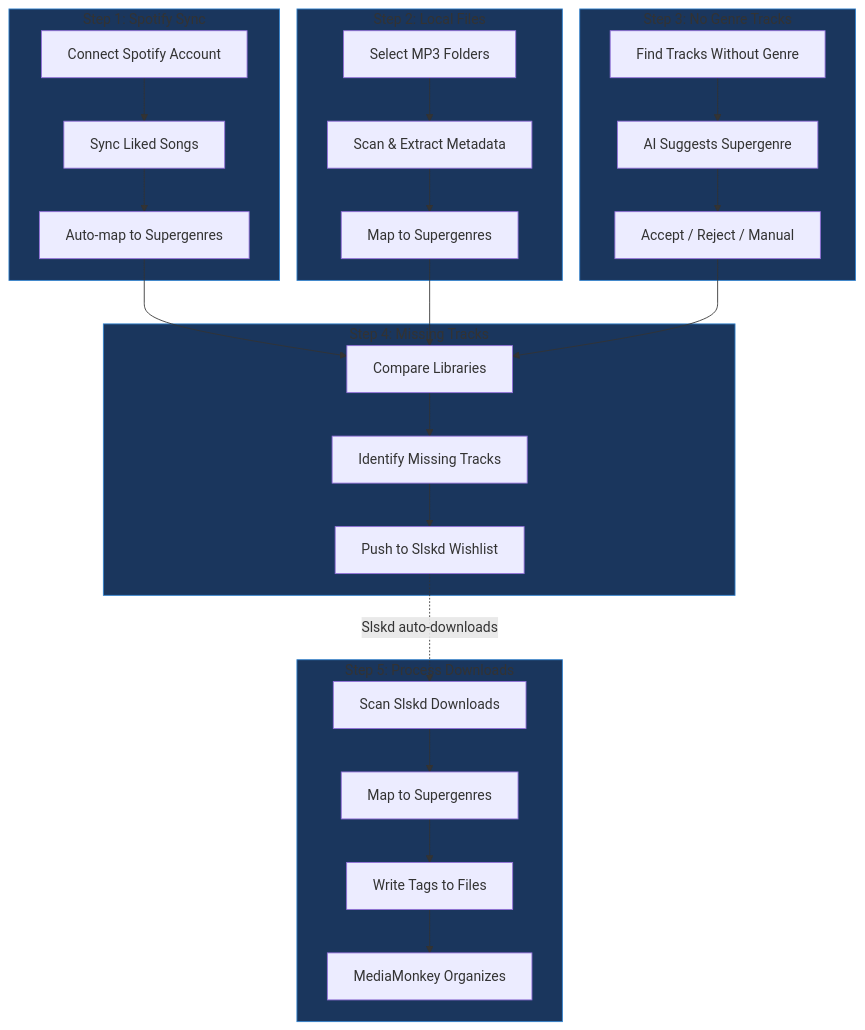
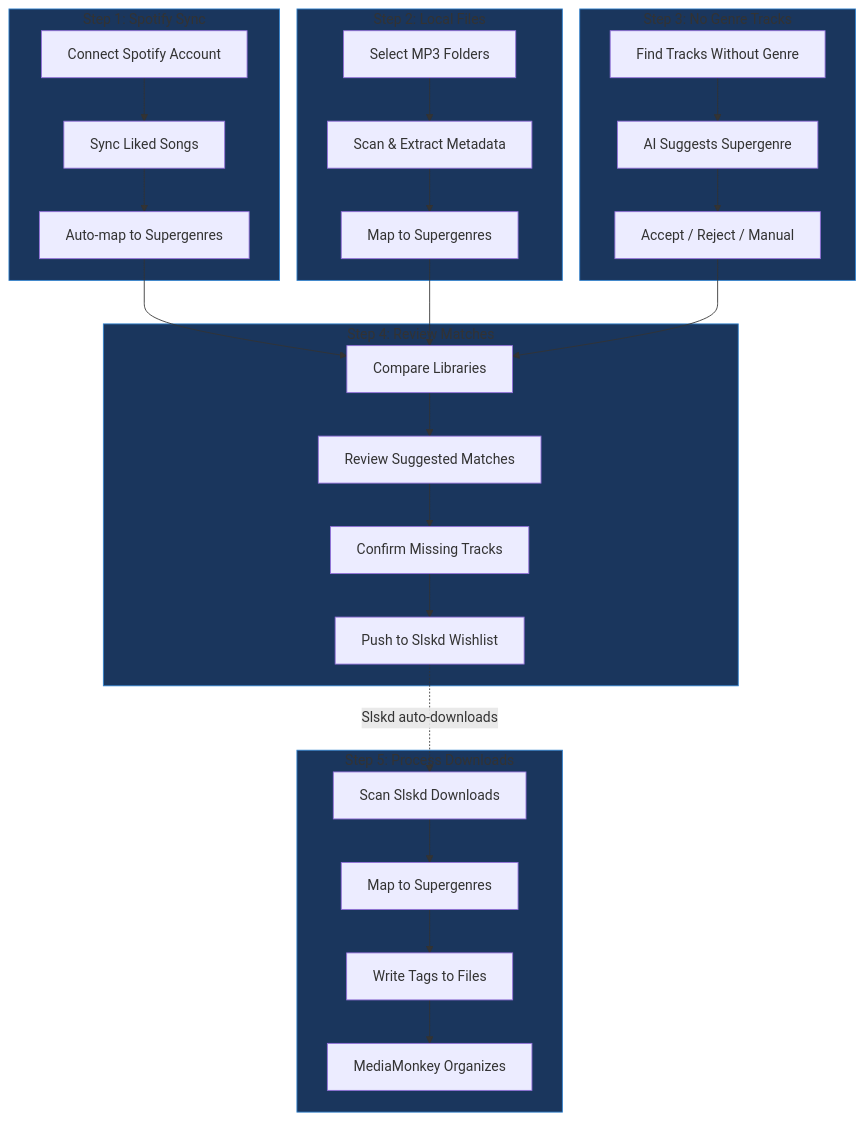
Before and after one commit to gwherrett/mako-sync: the diagram in docs/mako-sync-overview.md, drawn with Mermaid. The commit also changed other lines of this file and 16 other files, not shown here.

First line of the commit message:
MAK-181 Replace the Missing Tracks tab with Review Matches

````diff
--- a/docs/mako-sync-overview.md
+++ b/docs/mako-sync-overview.md
@@ -15,39 +15,40 @@
 ```mermaid
 flowchart TD
     subgraph step1["Step 1: Spotify Sync"]
         A[Connect Spotify Account] --> B[Sync Liked Songs]
         B --> C[Auto-map to Supergenres]
     end
 
     subgraph step2["Step 2: Local Files"]
         D[Select MP3 Folders] --> E[Scan & Extract Metadata]
         E --> F[Map to Supergenres]
     end
 
     subgraph step3["Step 3: No Genre Tracks"]
         G[Find Tracks Without Genre] --> H[AI Suggests Supergenre]
         H --> I[Accept / Reject / Manual]
     end
 
-    subgraph step4["Step 4: Missing Tracks"]
-        J[Compare Libraries] --> K[Identify Missing Tracks]
-        K --> L[Push to Slskd Wishlist]
+    subgraph step4["Step 4: Review Matches"]
+        J[Compare Libraries] --> K[Review Suggested Matches]
+        K --> K2[Confirm Missing Tracks]
+        K2 --> L[Push to Slskd Wishlist]
     end
 
     subgraph step5["Step 5: Process Downloads"]
         M[Scan Slskd Downloads] --> N[Map to Supergenres]
         N --> O[Write Tags to Files]
         O --> P[MediaMonkey Organizes]
     end
 
     C --> J
     F --> J
     I --> J
     L -.->|Slskd auto-downloads| M
 
     style step1 fill:#1a365d,stroke:#3182ce
     style step2 fill:#1a365d,stroke:#3182ce
     style step3 fill:#1a365d,stroke:#3182ce
     style step4 fill:#1a365d,stroke:#3182ce
     style step5 fill:#1a365d,stroke:#3182ce
 ```
````
